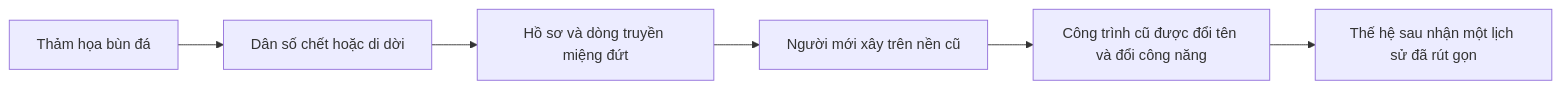
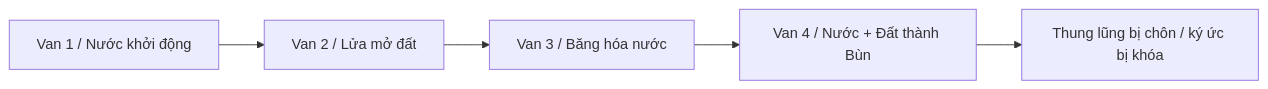
One commit to dyukahi/knowledge changed the diagram in politics-conspiracy/Bốn Van Lũ Bùn Himalaya 2026 - Hồ Sơ Giả Thuyết Và Kiểm Chứng.md. Above: the diagram before and after it, drawn with Mermaid. The commit also changed other lines of this file and 4 other files, not shown here.

````diff
--- a/politics-conspiracy/Bốn Van Lũ Bùn Himalaya 2026 - Hồ Sơ Giả Thuyết Và Kiểm Chứng.md
+++ b/politics-conspiracy/Bốn Van Lũ Bùn Himalaya 2026 - Hồ Sơ Giả Thuyết Và Kiểm Chứng.md
@@ -78,8 +133,7 @@
 ```mermaid
 flowchart LR
-    A[Thảm họa bùn đá] --> B[Dân số chết hoặc di dời]
-    B --> C[Hồ sơ và dòng truyền miệng đứt]
-    C --> D[Người mới xây trên nền cũ]
-    D --> E[Công trình cũ được đổi tên và đổi công năng]
-    E --> F[Thế hệ sau nhận một lịch sử đã rút gọn]
+    A[Van 1 / Nước khởi động] --> B[Van 2 / Lửa mở đất]
+    B --> C[Van 3 / Băng hóa nước]
+    C --> D[Van 4 / Nước + Đất thành Bùn]
+    D --> E[Thung lũng bị chôn / ký ức bị khóa]
 ```
````
